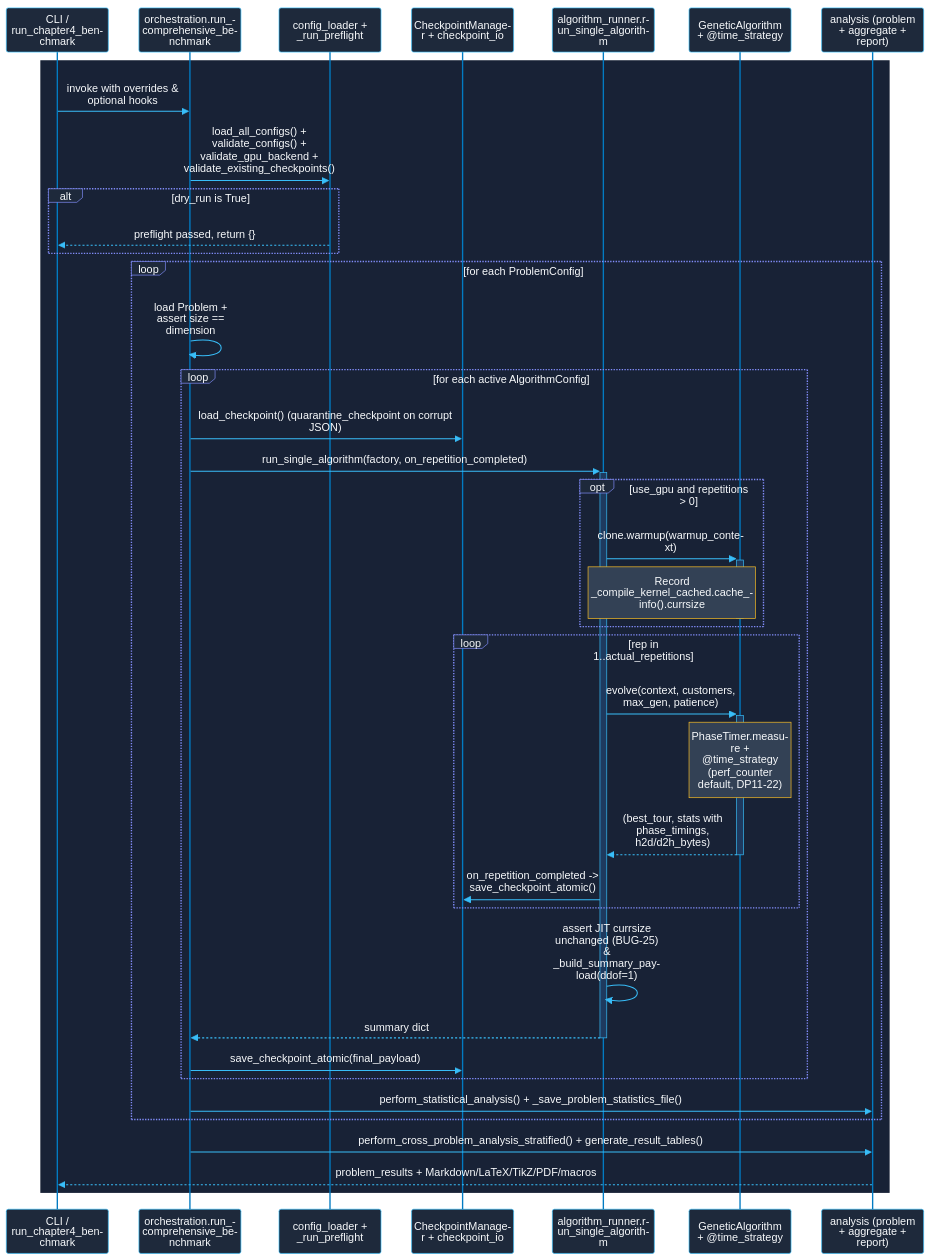
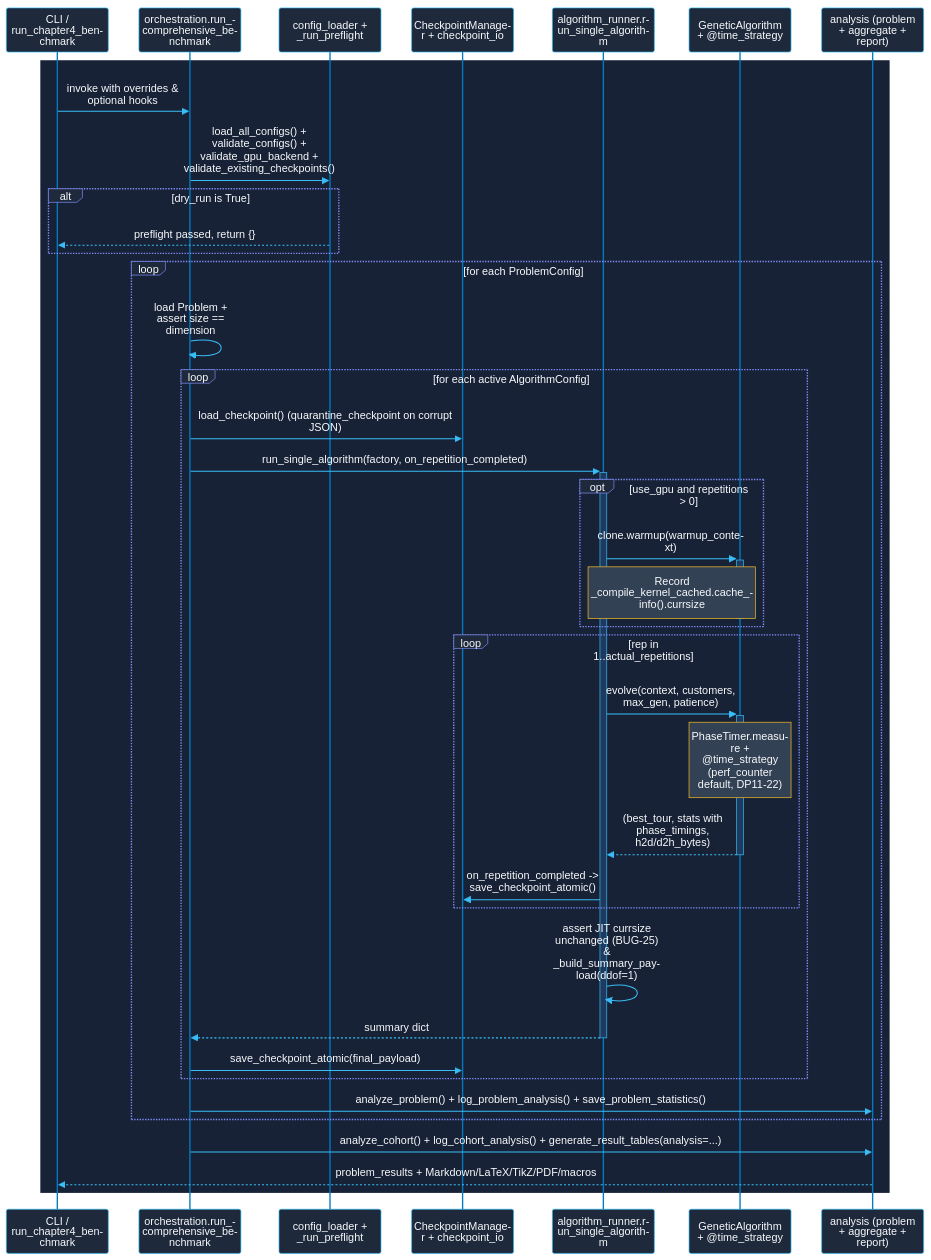
The second of 3 diagrams in documentation/analysis/guide-architecture-benchmarking-cli-and-utils.md (lucasgaldinos/tsp_gpu_clean), drawn with Mermaid before and after one commit. The commit also changed other lines of this file and 9 other files, not shown here.

````diff
--- a/documentation/analysis/guide-architecture-benchmarking-cli-and-utils.md
+++ b/documentation/analysis/guide-architecture-benchmarking-cli-and-utils.md
@@ -366,9 +366,9 @@
                 Runner-->>-Orch: summary dict
                 Orch->>Ckpt: save_checkpoint_atomic(final_payload)
             end
-            Orch->>Stats: perform_statistical_analysis() + _save_problem_statistics_file()
+            Orch->>Stats: analyze_problem() + log_problem_analysis() + save_problem_statistics()
         end
-        Orch->>Stats: perform_cross_problem_analysis_stratified() + generate_result_tables()
+        Orch->>Stats: analyze_cohort() + log_cohort_analysis() + generate_result_tables(analysis=...)
         Stats-->>Caller: problem_results + Markdown/LaTeX/TikZ/PDF/macros
     end
 ```
````
